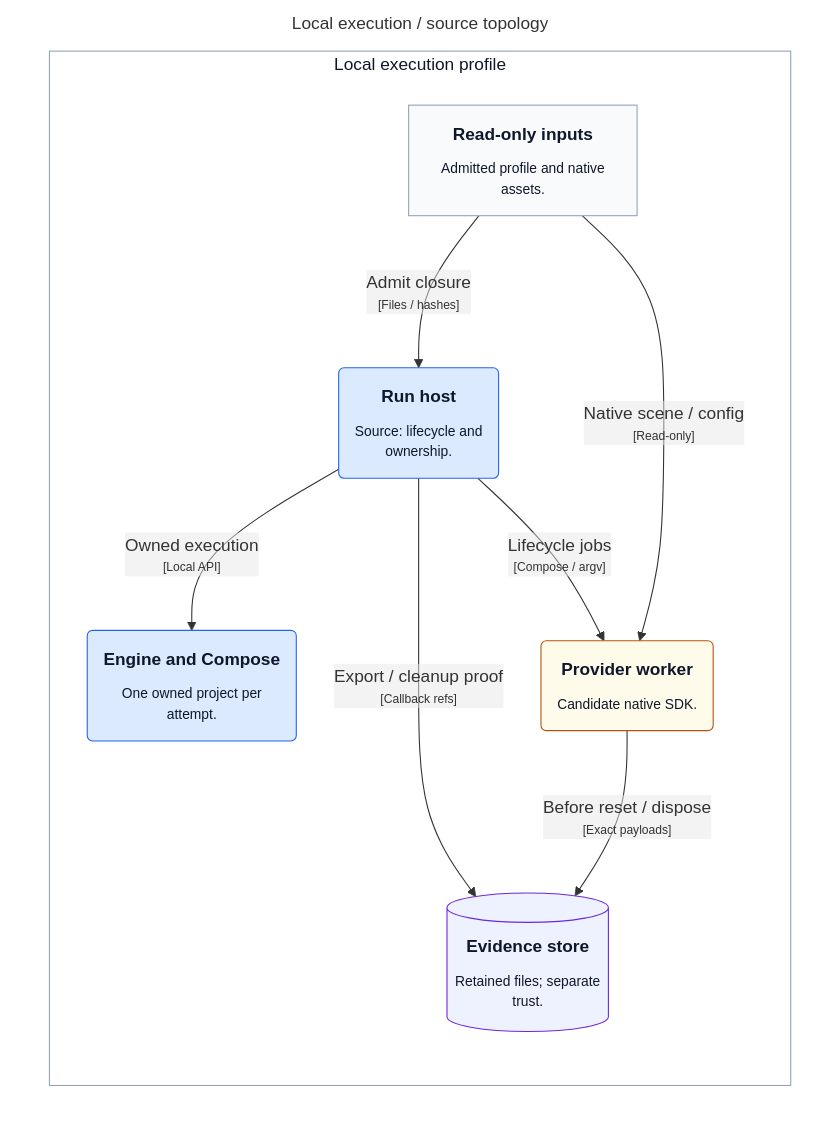
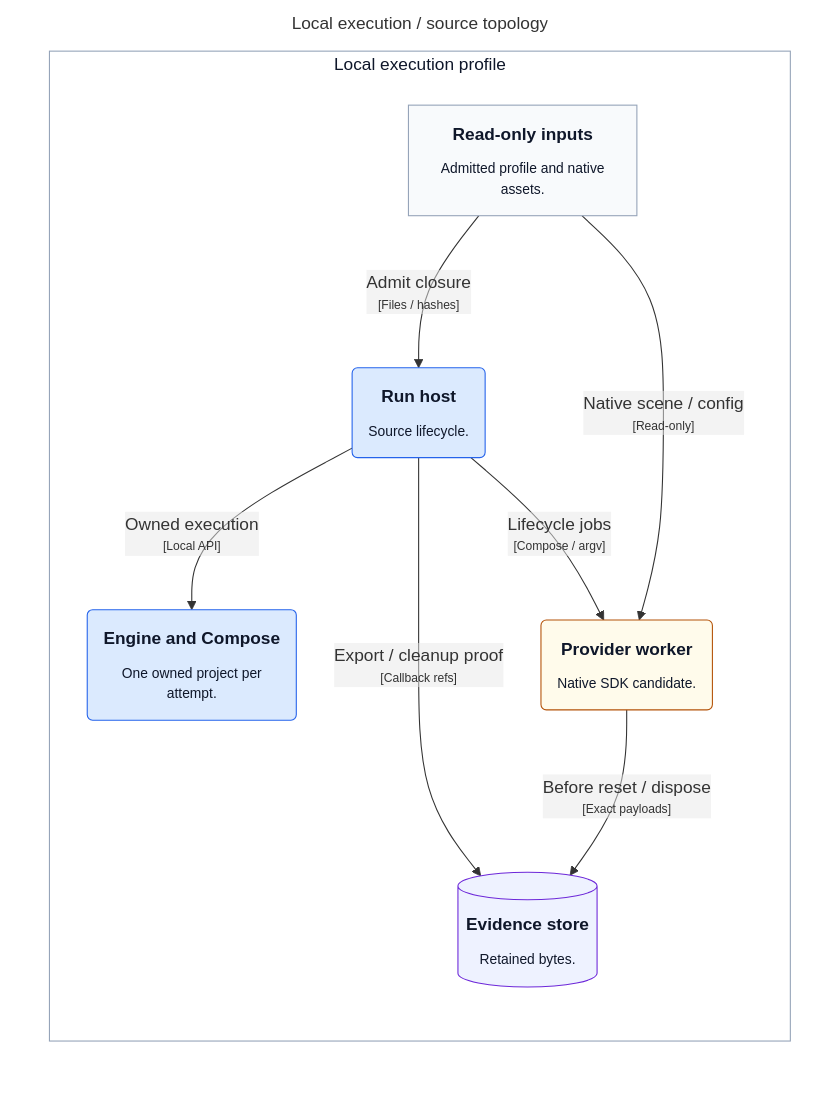
The diagram in docs/architecture/generated/structurizr-ExecutionDeployment.mmd (mmkolpakov/robotics-runtime), drawn with Mermaid before and after one commit. The commit also changed 10 other files, not shown here.

Commit message:
Shorten scope labels in architecture entry views

```diff
--- a/docs/architecture/generated/structurizr-ExecutionDeployment.mmd
+++ b/docs/architecture/generated/structurizr-ExecutionDeployment.mmd
@@ -1,29 +1,29 @@
 graph LR
   linkStyle default fill:#ffffff
 
   subgraph diagram ["Local execution / source topology"]
     style diagram fill:#ffffff,stroke:#ffffff
 
     subgraph 53 ["Local execution profile"]
       style 53 fill:#ffffff,stroke:#94a3b8,color:#0f172a
 
       54["<div style='font-weight: bold'>Read-only inputs</div><div style='font-size: 80%; margin-top:10px'>Admitted profile and native<br />assets.</div>"]
       style 54 fill:#f8fafc,stroke:#94a3b8,color:#0f172a
       55("<div style='font-weight: bold'>Engine and Compose</div><div style='font-size: 80%; margin-top:10px'>One owned project per<br />attempt.</div>")
       style 55 fill:#dbeafe,stroke:#2563eb,color:#0f172a
-      56("<div style='font-weight: bold'>Run host</div><div style='font-size: 80%; margin-top:10px'>Source: lifecycle and<br />ownership.</div>")
+      56("<div style='font-weight: bold'>Run host</div><div style='font-size: 80%; margin-top:10px'>Source lifecycle.</div>")
       style 56 fill:#dbeafe,stroke:#2563eb,color:#0f172a
-      57("<div style='font-weight: bold'>Provider worker</div><div style='font-size: 80%; margin-top:10px'>Candidate native SDK.</div>")
+      57("<div style='font-weight: bold'>Provider worker</div><div style='font-size: 80%; margin-top:10px'>Native SDK candidate.</div>")
       style 57 fill:#fffbeb,stroke:#b45309,color:#0f172a
-      59[("<div style='font-weight: bold'>Evidence store</div><div style='font-size: 80%; margin-top:10px'>Retained files; separate<br />trust.</div>")]
+      59[("<div style='font-weight: bold'>Evidence store</div><div style='font-size: 80%; margin-top:10px'>Retained bytes.</div>")]
       style 59 fill:#eef2ff,stroke:#6d28d9,color:#0f172a
     end
 
     56-- "<div>Lifecycle jobs</div><div style='font-size: 70%'>[Compose / argv]</div>" -->57
     56-- "<div>Export / cleanup proof</div><div style='font-size: 70%'>[Callback refs]</div>" -->59
     57-- "<div>Before reset / dispose</div><div style='font-size: 70%'>[Exact payloads]</div>" -->59
     54-- "<div>Admit closure</div><div style='font-size: 70%'>[Files / hashes]</div>" -->56
     54-- "<div>Native scene / config</div><div style='font-size: 70%'>[Read-only]</div>" -->57
     56-- "<div>Owned execution</div><div style='font-size: 70%'>[Local API]</div>" -->55
 
   end
```
